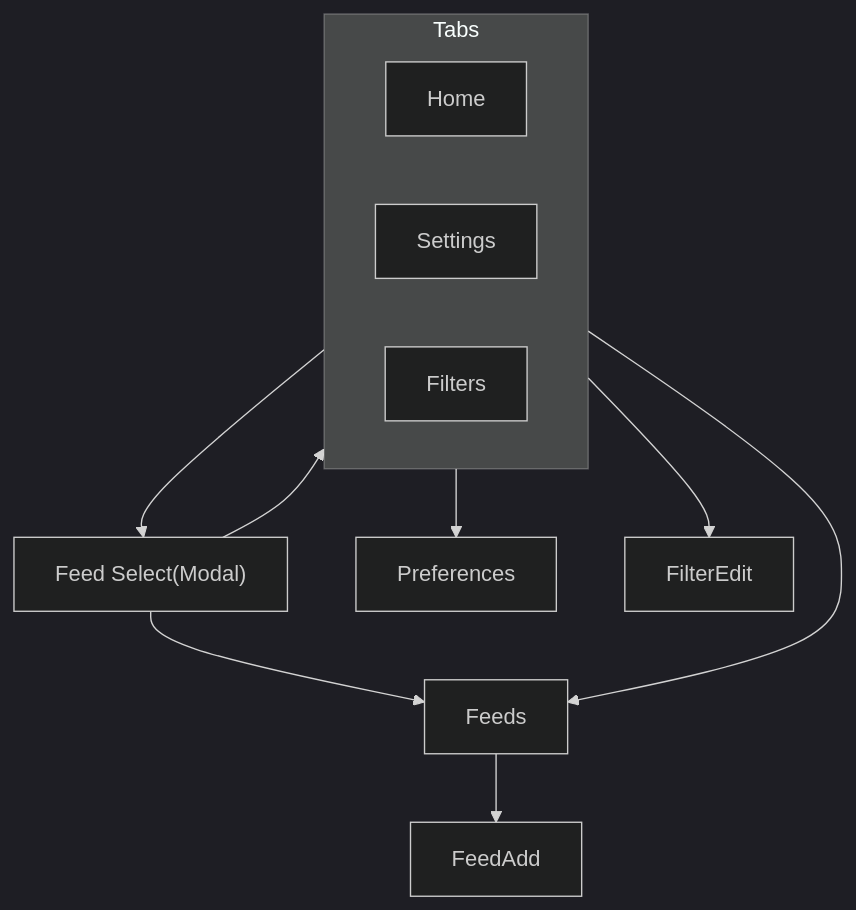
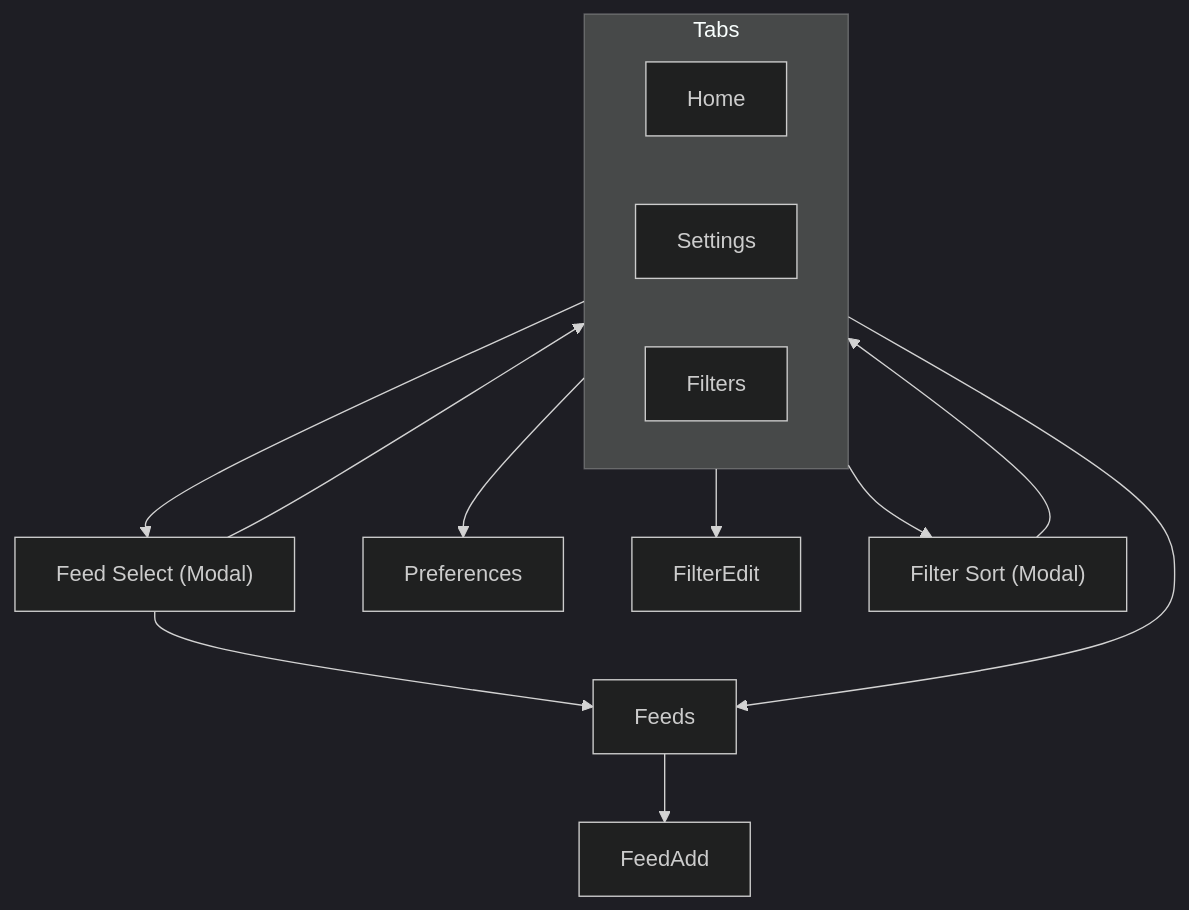
Before and after one commit to yskms/filto-app: the diagram in docs/02_basic_design/01_screen_flow.md, drawn with Mermaid (dark theme). The commit also changed other lines of this file and 1 other file, not shown here.

````diff
--- a/docs/02_basic_design/01_screen_flow.md
+++ b/docs/02_basic_design/01_screen_flow.md
@@ -5,28 +5,28 @@
 ```mermaid
 flowchart TB
-
   %% Tabs
   subgraph Tabs["Tabs"]
     direction LR
     Home["Home"]
     Settings["Settings"]
     Filters["Filters"]
   end
-
+  
   %% Home flow
-  FeedSelect["Feed Select(Modal)"]
+  FeedSelect["Feed Select (Modal)"]
   Home --> FeedSelect --> Home
   FeedSelect --> Feeds
-
+  
   %% Settings flow
   Feeds["Feeds"]
   FeedAdd["FeedAdd"]
   Preferences["Preferences"]
-
   Settings --> Feeds --> FeedAdd
   Settings --> Preferences
-
+  
   %% Filters flow
   FilterEdit["FilterEdit"]
+  FilterSort["Filter Sort (Modal)"]
   Filters --> FilterEdit
+  Filters --> FilterSort --> Filters
 ```
````
